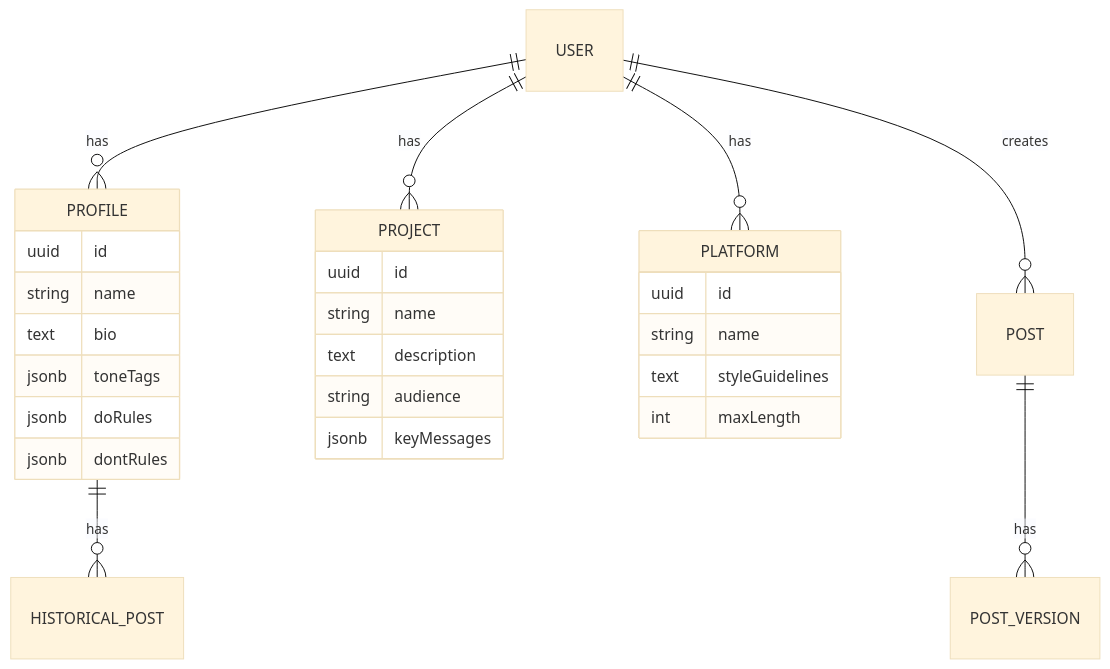
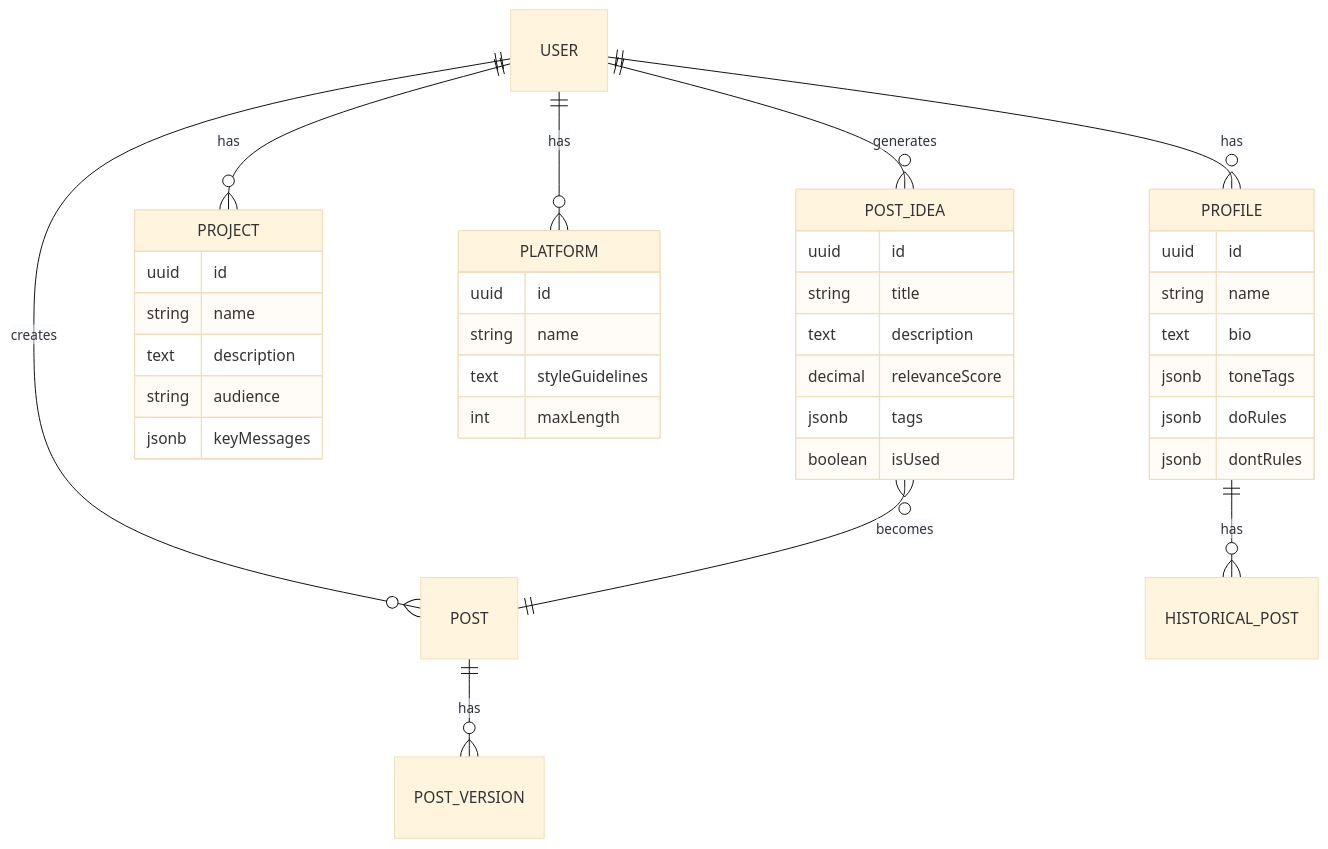
Before and after one commit to TristanHourtoulle/brandium-backend: the third of 6 diagrams in README.md, drawn with Mermaid (base theme). The commit also changed other lines of this file and 1 other file, not shown here.

````diff
--- a/README.md
+++ b/README.md
@@ -163,33 +164,44 @@
 ```mermaid
 erDiagram
     USER ||--o{ PROFILE : has
     USER ||--o{ PROJECT : has
     USER ||--o{ PLATFORM : has
     USER ||--o{ POST : creates
+    USER ||--o{ POST_IDEA : generates
     PROFILE ||--o{ HISTORICAL_POST : has
     POST ||--o{ POST_VERSION : has
+    POST_IDEA }o--|| POST : becomes
 
     PROFILE {
         uuid id
         string name
         text bio
         jsonb toneTags
         jsonb doRules
         jsonb dontRules
     }
 
     PROJECT {
         uuid id
         string name
         text description
         string audience
         jsonb keyMessages
     }
 
     PLATFORM {
         uuid id
         string name
         text styleGuidelines
         int maxLength
     }
+
+    POST_IDEA {
+        uuid id
+        string title
+        text description
+        decimal relevanceScore
+        jsonb tags
+        boolean isUsed
+    }
 ```
````
